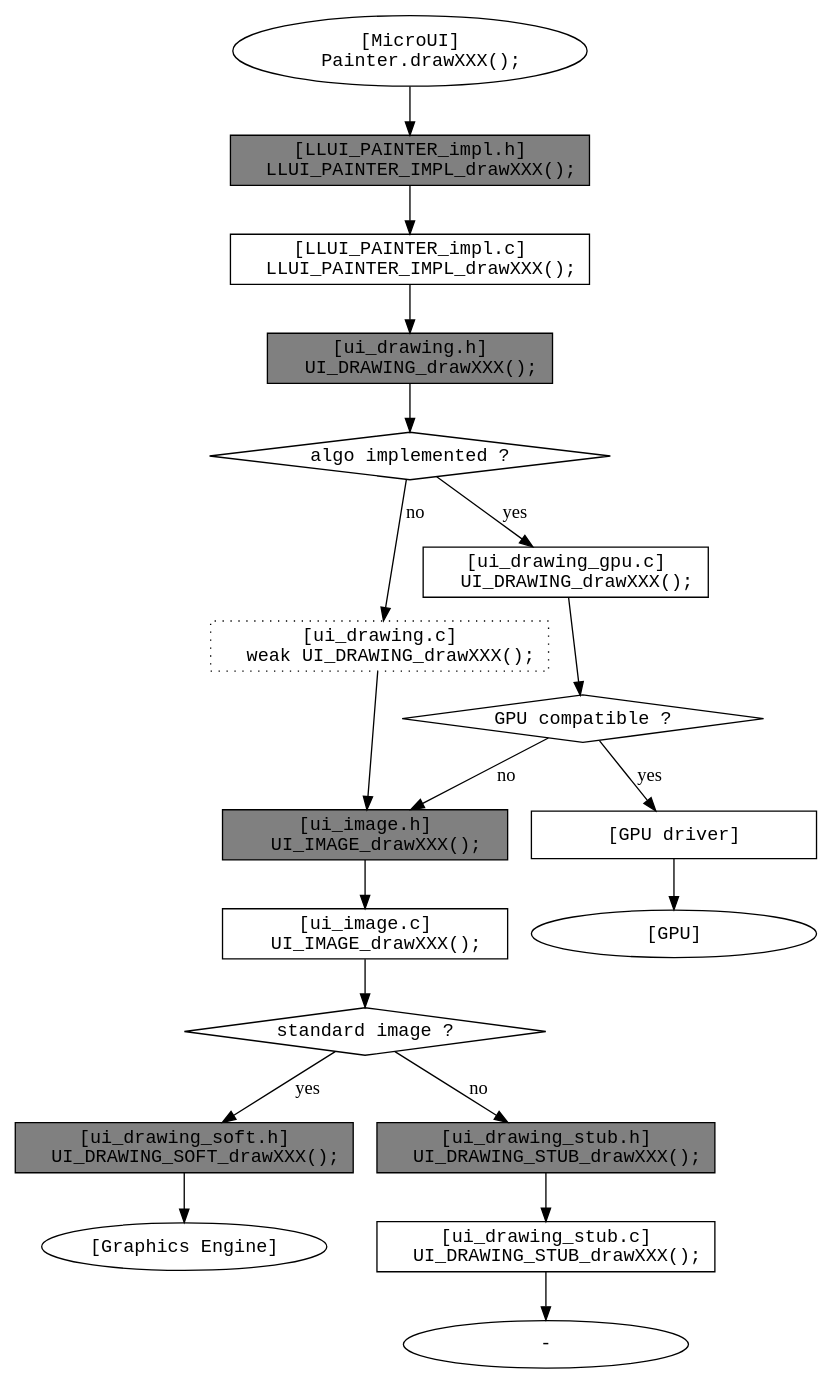
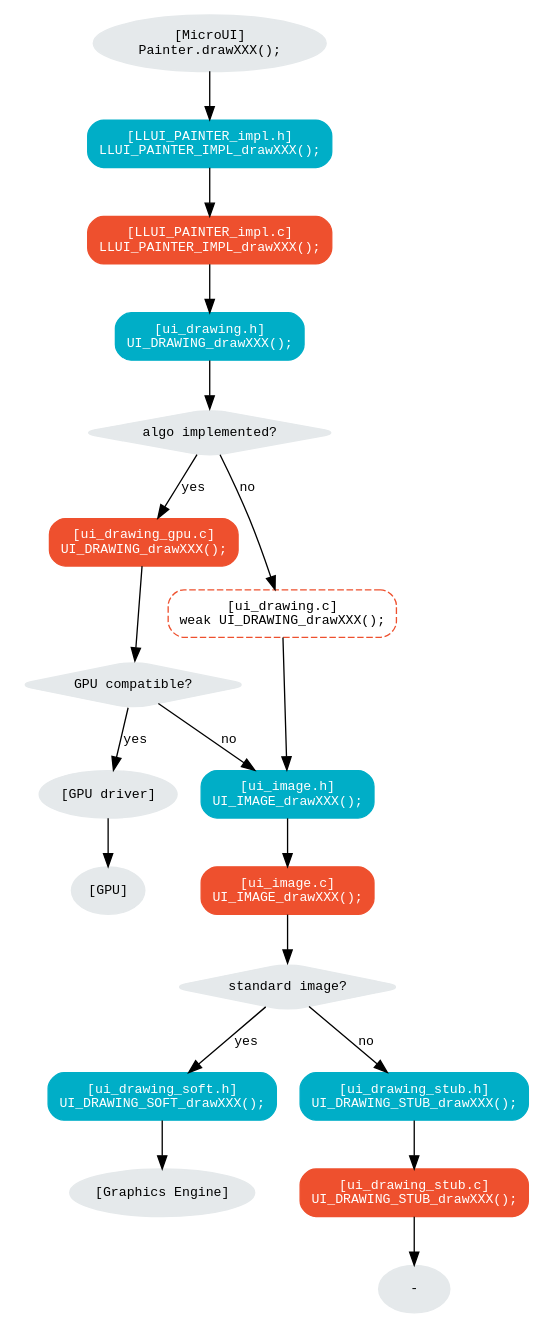
Before and after one commit to MicroEJ/docs: the first of 4 diagrams in VEEPortingGuide/uiImageCore.rst, drawn with Graphviz. The commit also changed other lines of this file and 2 other files, not shown here.

Commit message:
Update graphs look.

```diff
--- a/VEEPortingGuide/uiImageCore.rst
+++ b/VEEPortingGuide/uiImageCore.rst
@@ -100,62 +100,66 @@
 .. graphviz::
 
    digraph {
       ratio="auto"
       splines="true";
-      node [style=filled fillcolor=white shape=rectangle fontname=monospace fontcolor=black width=3];
-         
+      node [style="filled,rounded" fontname="courier new" fontsize="10"]
+
+      { //in/out
+         node [shape="ellipse" color="#e5e9eb" fontcolor="black"] mui UID_soft_c UID_gpu_driver UID_gpu_hard stub
+      }
+      { // h
+         node [shape="box" color="#00aec7" fontcolor="white"] LLUI_h UID_h UID_soft_h UID_stub_h UII_h
+      }
+      { // c
+         node [shape="box" color="#ee502e" fontcolor="white"] LLUI_c UID_stub_c UII_c UID_gpu_c
+      }
+      { // weak
+         node [shape="box" style="dashed,rounded" color="#ee502e"] UID_weak_c
+      }
+      { // choice
+         node [shape="diamond" color="#e5e9eb"] UID_cond UID_gpu_cond UII_cond
+      }
+
       // --- SIMPLE FLOW ELEMENTS -- //
 
-      mui [label="[MicroUI]
-      Painter.drawXXX();" shape=ellipse] 
-      LLUI_h [label="[LLUI_PAINTER_impl.h]
-      LLUI_PAINTER_IMPL_drawXXX();" fillcolor=gray]
-      LLUI_c [label="[LLUI_PAINTER_impl.c]
-      LLUI_PAINTER_IMPL_drawXXX();"]
-      UID_h [label="[ui_drawing.h]
-      UI_DRAWING_drawXXX();" fillcolor=gray]
-      UID_weak_c [label="[ui_drawing.c]
-      weak UI_DRAWING_drawXXX();" style=dotted]
-      UID_soft_h [label="[ui_drawing_soft.h]
-      UI_DRAWING_SOFT_drawXXX();" fillcolor=gray]
-      UID_soft_c [label="[Graphics Engine]" shape=ellipse]
+      mui [label="[MicroUI]\nPainter.drawXXX();"] 
+      LLUI_h [label="[LLUI_PAINTER_impl.h]\nLLUI_PAINTER_IMPL_drawXXX();"]
+      LLUI_c [label="[LLUI_PAINTER_impl.c]\nLLUI_PAINTER_IMPL_drawXXX();"]
+      UID_h [label="[ui_drawing.h]\nUI_DRAWING_drawXXX();"]
+      UID_weak_c [label="[ui_drawing.c]\nweak UI_DRAWING_drawXXX();"]
+      UID_soft_h [label="[ui_drawing_soft.h]\nUI_DRAWING_SOFT_drawXXX();"]
+      UID_soft_c [label="[Graphics Engine]"]
 
       // --- GPU FLOW ELEMENTS -- //
 
-      UID_cond [label="algo implemented ?" shape=diamond]
-      UID_gpu_c [label="[ui_drawing_gpu.c]
-      UI_DRAWING_drawXXX();"]
-      UID_gpu_cond [label="GPU compatible ?" shape=diamond]
+      UID_cond [label="algo implemented?"]
+      UID_gpu_c [label="[ui_drawing_gpu.c]\nUI_DRAWING_drawXXX();"]
+      UID_gpu_cond [label="GPU compatible?"]
       UID_gpu_driver [label="[GPU driver]"]
-      UID_gpu_hard [label="[GPU]" shape=ellipse]
+      UID_gpu_hard [label="[GPU]"]
 
-      UID_stub_h [label="[ui_drawing_stub.h]
-      UI_DRAWING_STUB_drawXXX();" fillcolor=gray]
-      UID_stub_c [label="[ui_drawing_stub.c]
-      UI_DRAWING_STUB_drawXXX();"]
-      stub [label="-" shape=ellipse]
+      UID_stub_h [label="[ui_drawing_stub.h]\nUI_DRAWING_STUB_drawXXX();"]
+      UID_stub_c [label="[ui_drawing_stub.c]\nUI_DRAWING_STUB_drawXXX();"]
+      stub [label="-"]
 
       // --- MULTIPLE IMAGES FLOW ELEMENTS -- //
 
-      UII_h [label="[ui_image.h]
-      UI_IMAGE_drawXXX();" fillcolor=gray]
-      UII_c [label="[ui_image.c]
-      UI_IMAGE_drawXXX();"]
-      UII_cond [label="standard image ?" shape=diamond]
-
+      UII_h [label="[ui_image.h]\nUI_IMAGE_drawXXX();"]
+      UII_c [label="[ui_image.c]\nUI_IMAGE_drawXXX();"]
+      UII_cond [label="standard image?"]
 
       // --- FLOW -- //
 
       mui->LLUI_h->LLUI_c->UID_h->UID_cond
-      UID_cond->UID_weak_c [label="no"]
+      UID_cond->UID_weak_c [label="no" fontname="courier new" fontsize="10"]
       UID_weak_c->UII_h->UII_c->UII_cond
-      UID_cond->UID_gpu_c [label="yes"]
+      UID_cond->UID_gpu_c [label="yes" fontname="courier new" fontsize="10"]
       UID_gpu_c->UID_gpu_cond
-      UID_gpu_cond->UII_h [label="no"]
-      UID_gpu_cond->UID_gpu_driver [label="yes"]
+      UID_gpu_cond->UII_h [label="no" fontname="courier new" fontsize="10"]
+      UID_gpu_cond->UID_gpu_driver [label="yes" fontname="courier new" fontsize="10"]
       UID_gpu_driver->UID_gpu_hard
-      UII_cond->UID_soft_h [label="yes"]
-      UII_cond->UID_stub_h [label="no"]
+      UII_cond->UID_soft_h [label="yes" fontname="courier new" fontsize="10"]
+      UII_cond->UID_stub_h [label="no" fontname="courier new" fontsize="10"]
       UID_soft_h->UID_soft_c
       UID_stub_h->UID_stub_c->stub
    }
```
